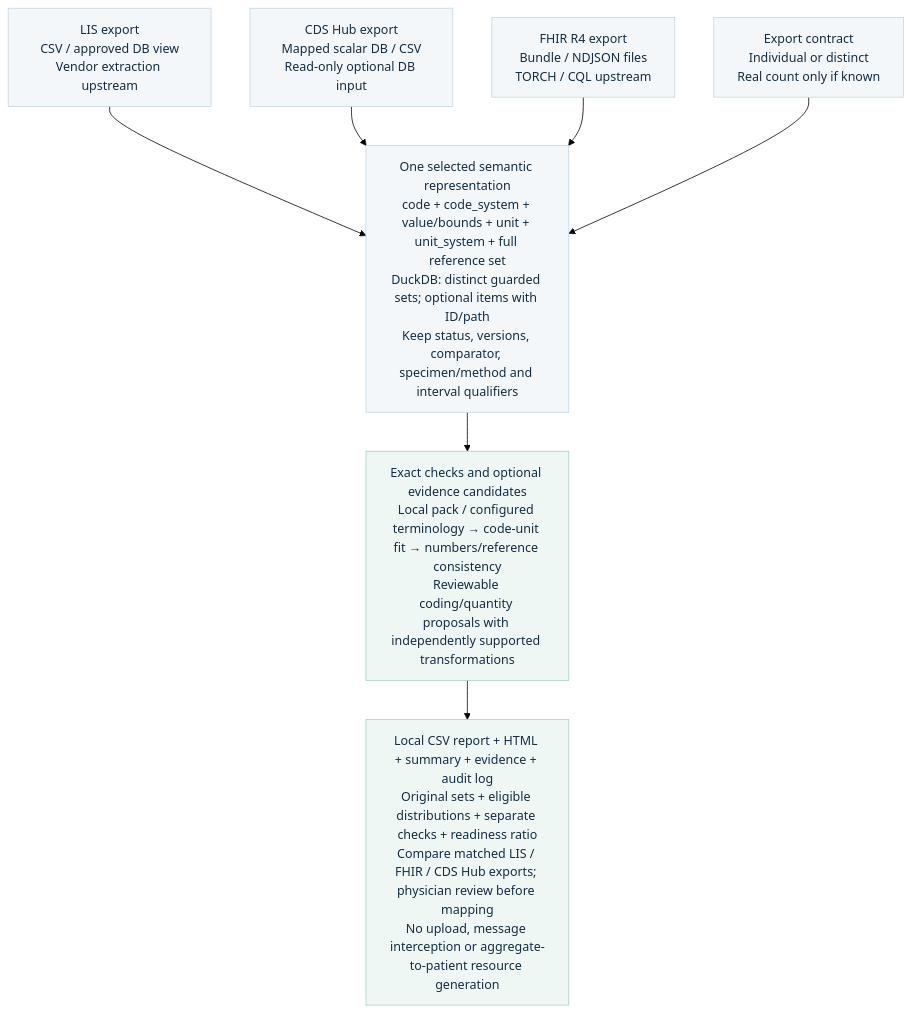
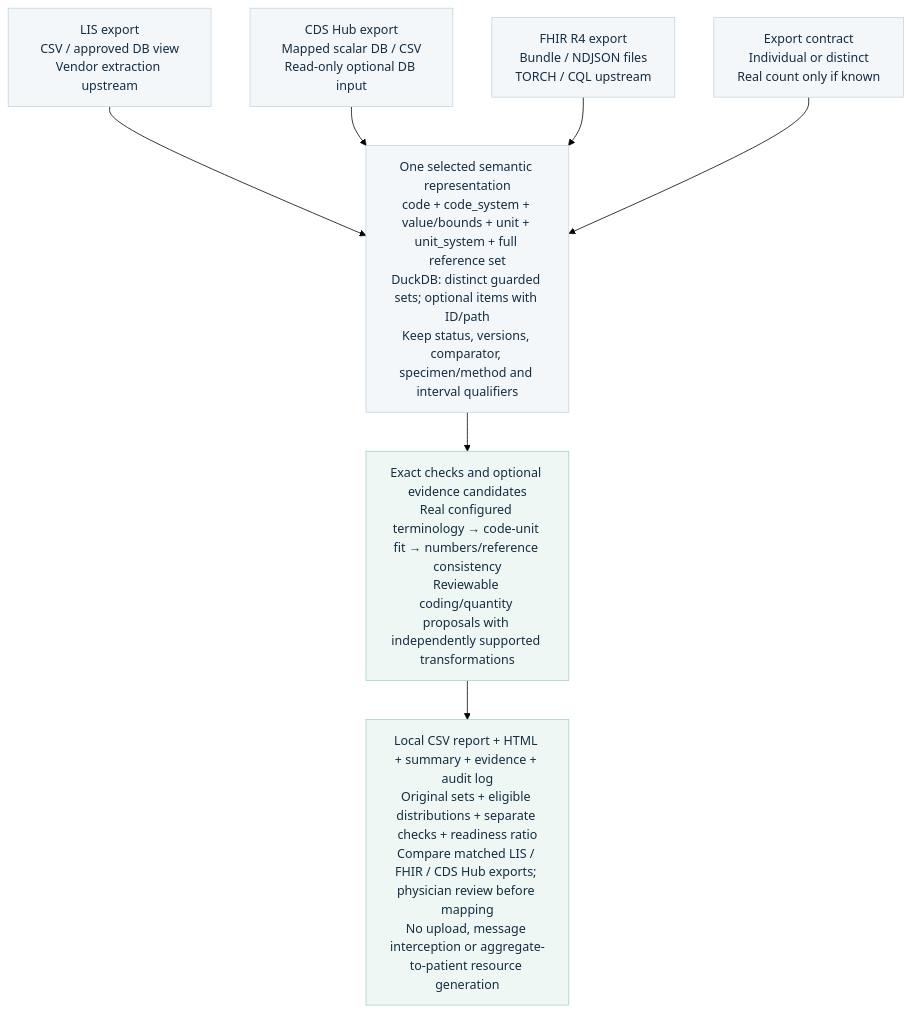
Before and after one commit to neumdan/semantic-plausibility: the diagram in docs/batch-flow.mmd, drawn with Mermaid (forest theme). The commit also changed 94 other files, not shown here.

Commit message:
Use real terminology services and remove simulated lookup demos

```diff
--- a/docs/batch-flow.mmd
+++ b/docs/batch-flow.mmd
@@ -1,20 +1,20 @@
 %% Same node/edge contract as batch-flow.svg.
 flowchart TD
     LIS["LIS export<br/>CSV / approved DB view<br/>Vendor extraction upstream"]
     HUB["CDS Hub export<br/>Mapped scalar DB / CSV<br/>Read-only optional DB input"]
     FHIR["FHIR R4 export<br/>Bundle / NDJSON files<br/>TORCH / CQL upstream"]
     CSV["Export contract<br/>Individual or distinct<br/>Real count only if known"]
     GROUP["One selected semantic representation<br/>code + code_system + value/bounds + unit + unit_system + full reference set<br/>DuckDB: distinct guarded sets; optional items with ID/path<br/>Keep status, versions, comparator, specimen/method and interval qualifiers"]
-    CHECK["Exact checks and optional evidence candidates<br/>Local pack / configured terminology → code-unit fit → numbers/reference consistency<br/>Reviewable coding/quantity proposals with independently supported transformations"]
+    CHECK["Exact checks and optional evidence candidates<br/>Real configured terminology → code-unit fit → numbers/reference consistency<br/>Reviewable coding/quantity proposals with independently supported transformations"]
     OUT["Local CSV report + HTML + summary + evidence + audit log<br/>Original sets + eligible distributions + separate checks + readiness ratio<br/>Compare matched LIS / FHIR / CDS Hub exports; physician review before mapping<br/>No upload, message interception or aggregate-to-patient resource generation"]
     LIS --> GROUP
     HUB --> GROUP
     FHIR --> GROUP
     CSV --> GROUP
     GROUP --> CHECK
     CHECK --> OUT
     classDef normal fill:#f3f7fa,stroke:#c4d5df,color:#142d42
     class LIS,HUB,FHIR,CSV,GROUP normal
     classDef teal fill:#eef7f4,stroke:#a8cfc6,color:#142d42
     class CHECK,OUT teal
     classDef error fill:#fcf1f3,stroke:#ecc7cf,color:#142d42
```
